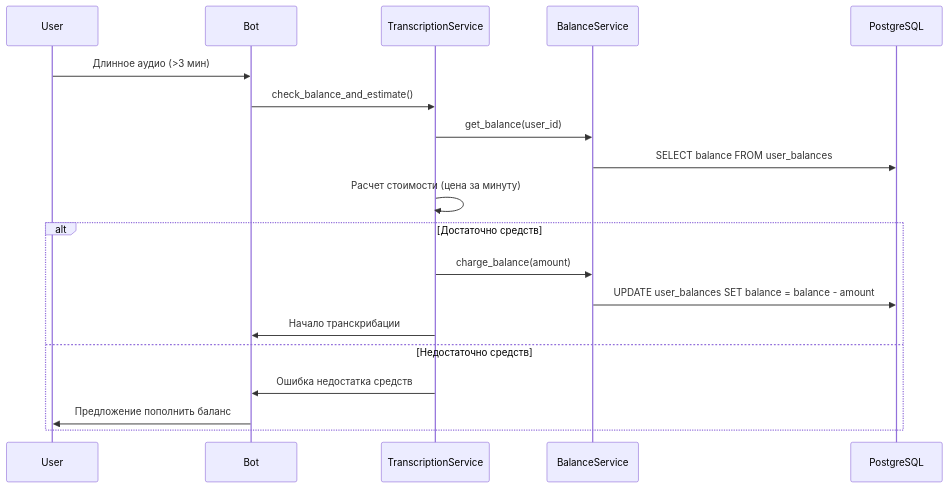
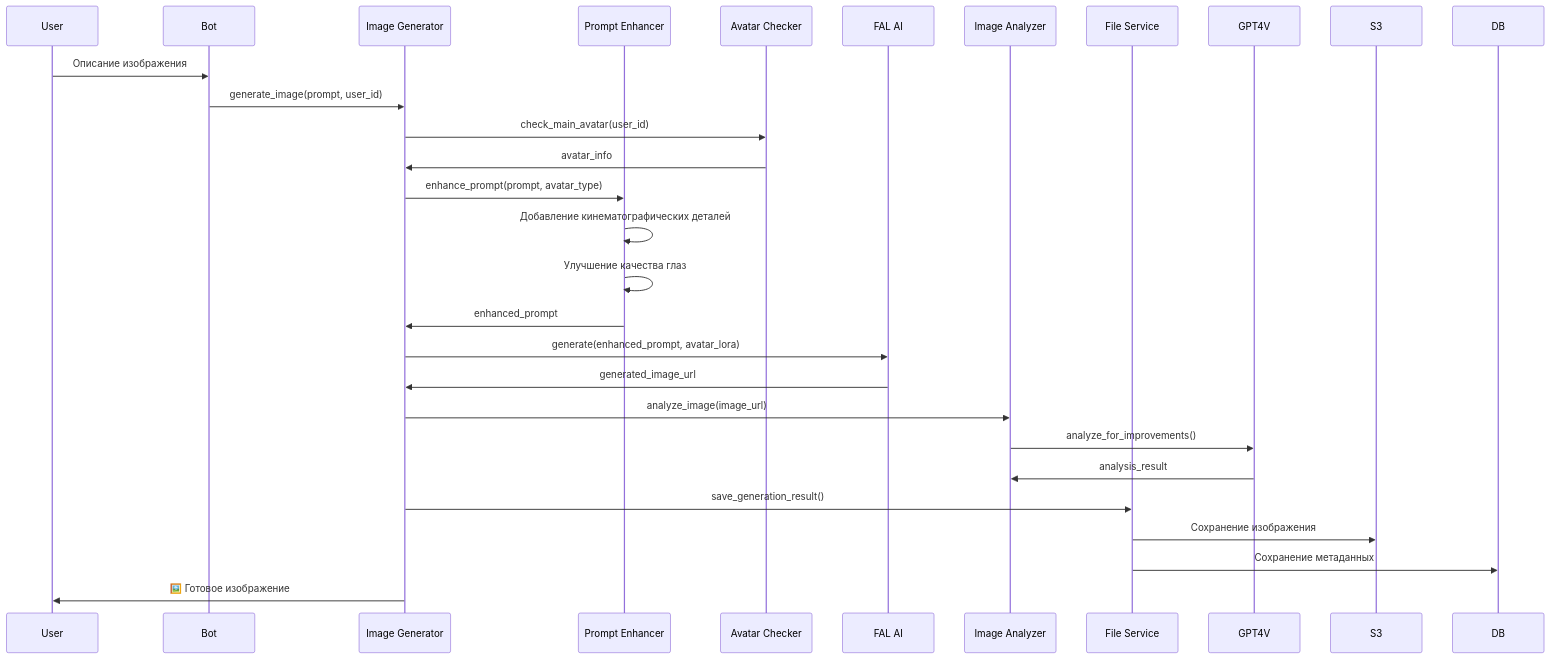
The fifth of 6 diagrams in docs/architecture.md (sergeyshmagin/Aisha_bot_new), drawn with Mermaid before and after one commit. The commit also changed other lines of this file and 12 other files, not shown here.

````diff
--- a/docs/architecture.md
+++ b/docs/architecture.md
@@ -120,23 +244,35 @@
 ```mermaid
 sequenceDiagram
     participant U as User
     participant B as Bot
-    participant TS as TranscriptionService
-    participant BS as BalanceService
-    participant DB as PostgreSQL
+    participant IG as Image Generator
+    participant PE as Prompt Enhancer
+    participant AC as Avatar Checker
+    participant FAL as FAL AI
+    participant IA as Image Analyzer
+    participant FS as File Service
     
-    U->>B: Длинное аудио (>3 мин)
-    B->>TS: check_balance_and_estimate()
-    TS->>BS: get_balance(user_id)
-    BS->>DB: SELECT balance FROM user_balances
-    TS->>TS: Расчет стоимости (цена за минуту)
+    U->>B: Описание изображения
+    B->>IG: generate_image(prompt, user_id)
     
-    alt Достаточно средств
-        TS->>BS: charge_balance(amount)
-        BS->>DB: UPDATE user_balances SET balance = balance - amount
-        TS->>B: Начало транскрибации
-    else Недостаточно средств
-        TS->>B: Ошибка недостатка средств
-        B->>U: Предложение пополнить баланс
-    end
+    IG->>AC: check_main_avatar(user_id)
+    AC->>IG: avatar_info
+    
+    IG->>PE: enhance_prompt(prompt, avatar_type)
+    PE->>PE: Добавление кинематографических деталей
+    PE->>PE: Улучшение качества глаз
+    PE->>IG: enhanced_prompt
+    
+    IG->>FAL: generate(enhanced_prompt, avatar_lora)
+    FAL->>IG: generated_image_url
+    
+    IG->>IA: analyze_image(image_url)
+    IA->>GPT4V: analyze_for_improvements()
+    GPT4V->>IA: analysis_result
+    
+    IG->>FS: save_generation_result()
+    FS->>S3: Сохранение изображения
+    FS->>DB: Сохранение метаданных
+    
+    IG->>U: 🖼️ Готовое изображение
 ```
````
